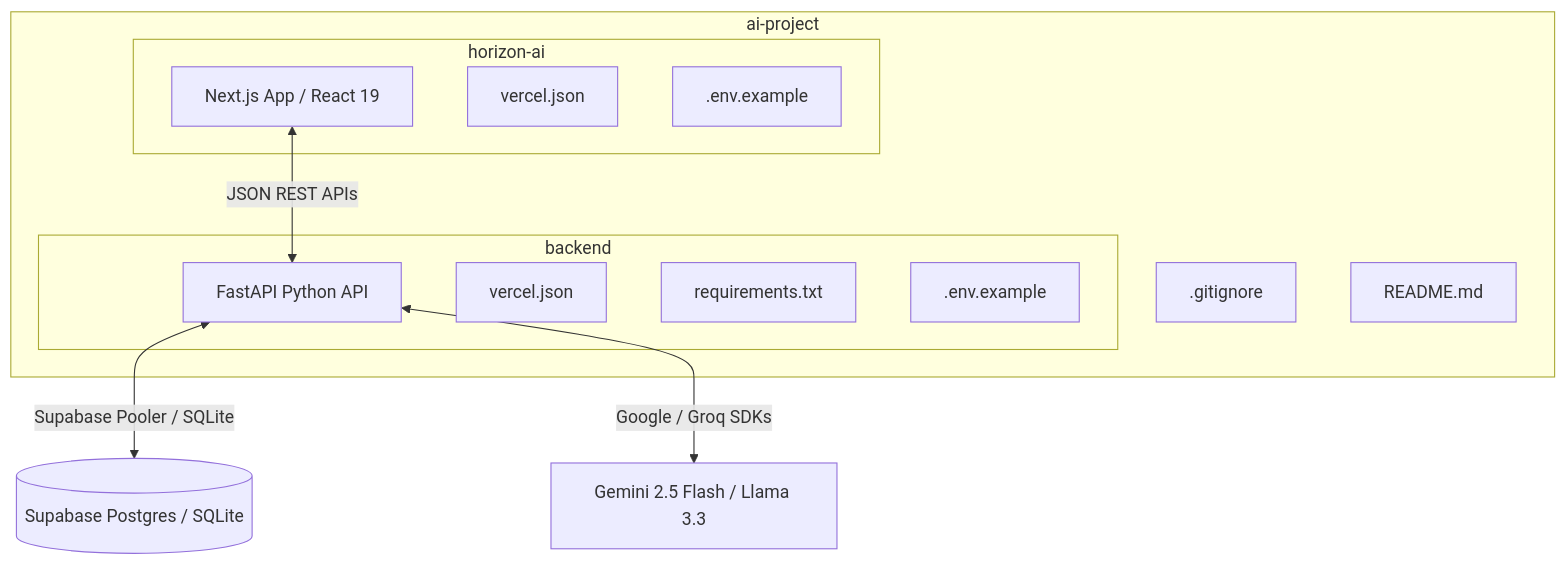
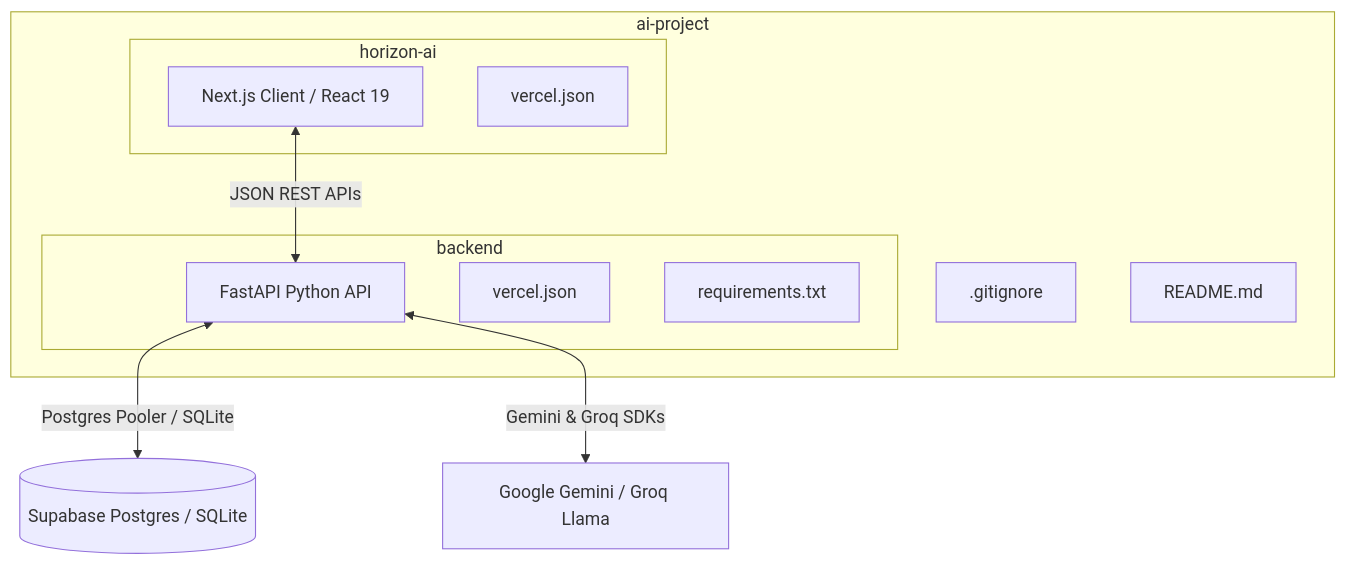
The diagram in README.md (Deepakraja03/horizon-ai), drawn with Mermaid before and after one commit. The commit also changed other lines of this file and 3 other files, not shown here.

````diff
--- a/README.md
+++ b/README.md
@@ -57,24 +51,22 @@
 ```mermaid
 graph TD
     subgraph Workspace Root [ai-project]
         ROOT_GIT[.gitignore]
         ROOT_README[README.md]
         
         subgraph Frontend [horizon-ai]
-            FE_CODE[Next.js App / React 19]
+            FE_CODE[Next.js Client / React 19]
             FE_CONFIG[vercel.json]
-            FE_ENV[.env.example]
         end
 
         subgraph Backend [backend]
             BE_CODE[FastAPI Python API]
             BE_CONFIG[vercel.json]
             BE_DEPS[requirements.txt]
-            BE_ENV[.env.example]
         end
     end
 
     FE_CODE <-->|JSON REST APIs| BE_CODE
-    BE_CODE <-->|Supabase Pooler / SQLite| DB[(Supabase Postgres / SQLite)]
-    BE_CODE <-->|Google / Groq SDKs| LLM[Gemini 2.5 Flash / Llama 3.3]
+    BE_CODE <-->|Postgres Pooler / SQLite| DB[(Supabase Postgres / SQLite)]
+    BE_CODE <-->|Gemini & Groq SDKs| LLM[Google Gemini / Groq Llama]
 ```
````
